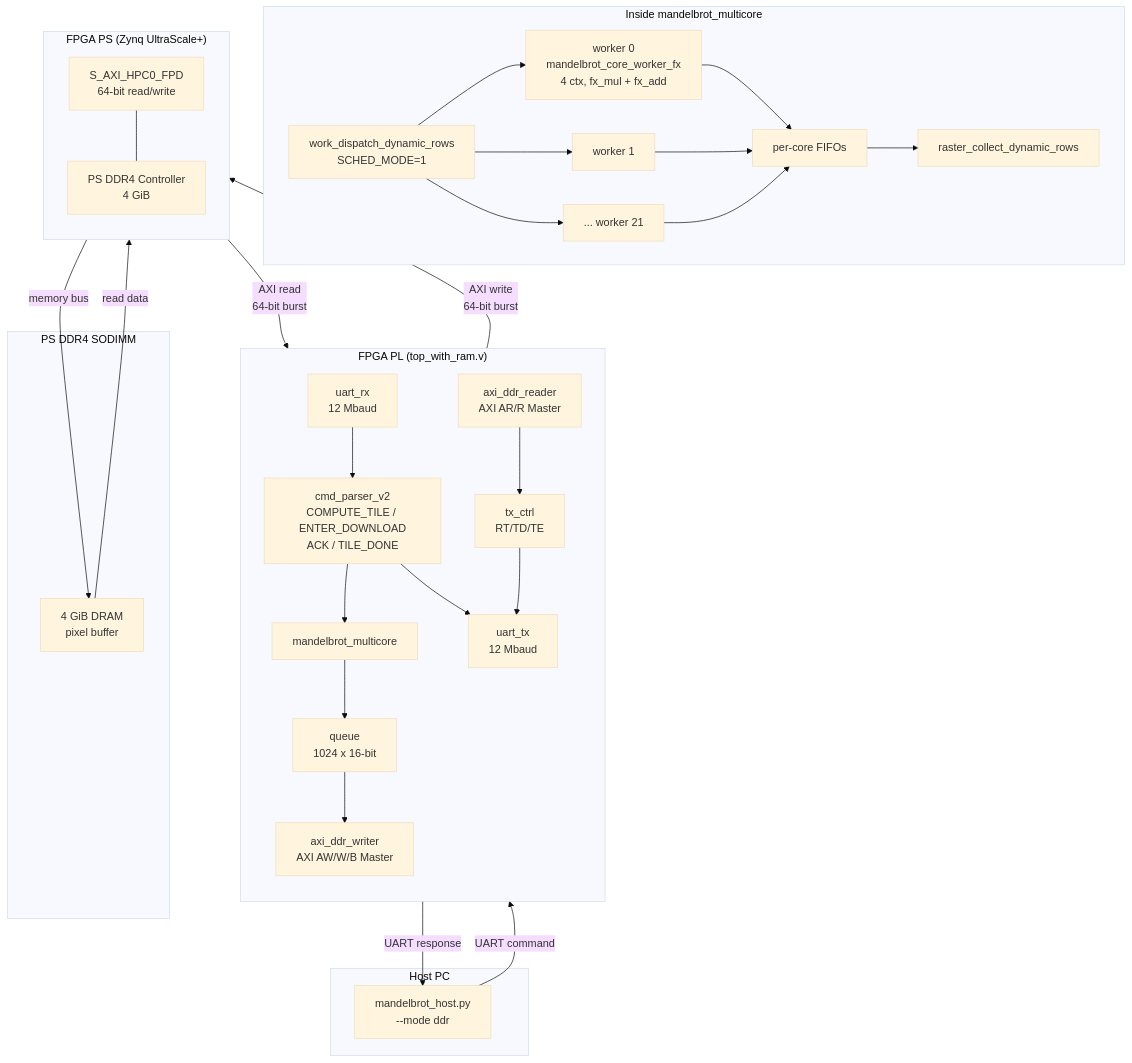
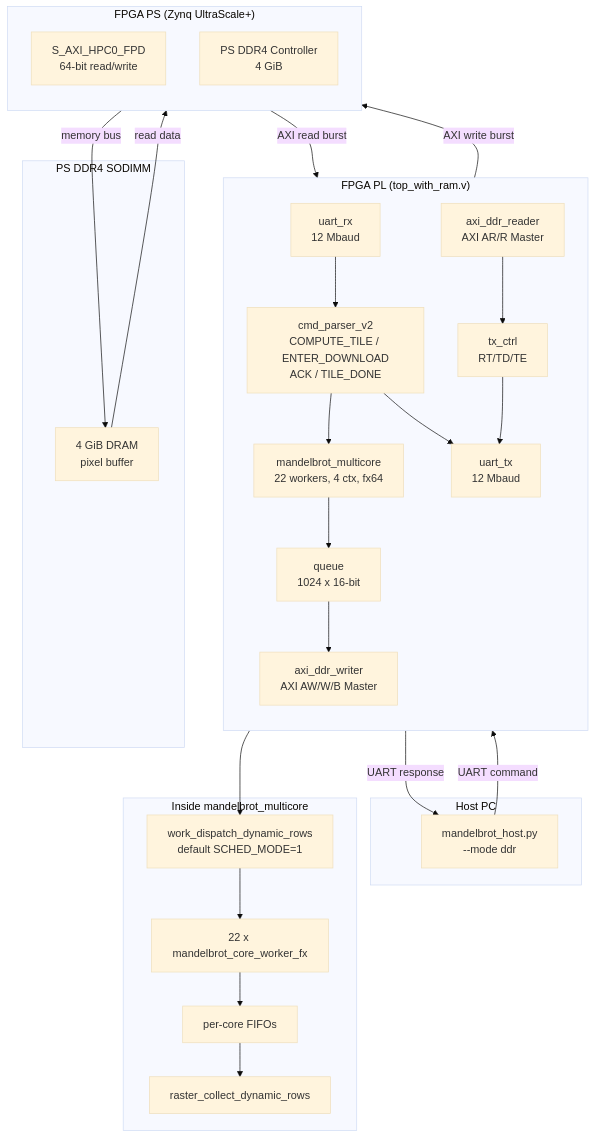
One commit to RESBI/FPGA-Mandelbrot-Demo changed the second of 4 diagrams in README.md. Above: the diagram before and after it, drawn with Mermaid (base theme).

Commit message:
Restore original multicore/worker subgraph, fix AXI R/W arrows
- Multicore and worker subgraph back to original compact style
- AXI write arrow: PL axi_ddr_writer -> PS HPC0
- AXI read arrow: PS HPC0 -> PL axi_ddr_reader
- DDR controller -> DRAM memory bus arrow preserved

````diff
--- a/README.md
+++ b/README.md
@@ -171,63 +171,52 @@
 ```mermaid
 flowchart TB
     subgraph HOST["Host PC"]
         CLI["mandelbrot_host.py<br/>--mode ddr"]
     end
 
     subgraph PL["FPGA PL (top_with_ram.v)"]
         direction TB
         URX["uart_rx<br/>12 Mbaud"]
         CMD["cmd_parser_v2<br/>COMPUTE_TILE / ENTER_DOWNLOAD<br/>ACK / TILE_DONE"]
-        CORE["mandelbrot_multicore"]
+        CORE["mandelbrot_multicore<br/>22 workers, 4 ctx, fx64"]
         FIFO["queue<br/>1024 x 16-bit"]
         AXIW["axi_ddr_writer<br/>AXI AW/W/B Master"]
         AXIR["axi_ddr_reader<br/>AXI AR/R Master"]
         TXC["tx_ctrl<br/>RT/TD/TE"]
         UTX["uart_tx<br/>12 Mbaud"]
 
         URX --> CMD
         CMD --> CORE
         CORE --> FIFO
         FIFO --> AXIW
         AXIR --> TXC
         TXC --> UTX
         CMD --> UTX
     end
 
     subgraph MC["Inside mandelbrot_multicore"]
-        DISP["work_dispatch_dynamic_rows<br/>SCHED_MODE=1"]
-        W0["worker 0<br/>mandelbrot_core_worker_fx<br/>4 ctx, fx_mul + fx_add"]
-        W1["worker 1"]
-        WN["... worker 21"]
-        CFIFO["per-core FIFOs"]
-        MERGE["raster_collect_dynamic_rows"]
-
-        DISP --> W0
-        DISP --> W1
-        DISP --> WN
-        W0 --> CFIFO
-        W1 --> CFIFO
-        WN --> CFIFO
-        CFIFO --> MERGE
+        CORE --> DISP[work_dispatch_dynamic_rows<br/>default SCHED_MODE=1]
+        DISP --> WORKERS["22 x mandelbrot_core_worker_fx"]
+        WORKERS --> CFIFO[per-core FIFOs]
+        CFIFO --> MERGE[raster_collect_dynamic_rows]
     end
 
     subgraph PS["FPGA PS (Zynq UltraScale+)"]
         direction TB
+        HPC0["S_AXI_HPC0_FPD<br/>64-bit read/write"]
         DDR["PS DDR4 Controller<br/>4 GiB"]
-        HPC0["S_AXI_HPC0_FPD<br/>64-bit read/write"]
-        HPC0 --- DDR
     end
 
     subgraph DRAM["PS DDR4 SODIMM"]
         MEM["4 GiB DRAM<br/>pixel buffer"]
     end
 
     CLI -->|"UART command"| URX
     UTX -->|"UART response"| CLI
 
-    AXIW -->|"AXI write<br/>64-bit burst"| HPC0
-    HPC0 -->|"AXI read<br/>64-bit burst"| AXIR
+    AXIW -->|"AXI write burst"| HPC0
+    HPC0 -->|"AXI read burst"| AXIR
 
     DDR -->|"memory bus"| MEM
     MEM -->|"read data"| DDR
 ```
````
